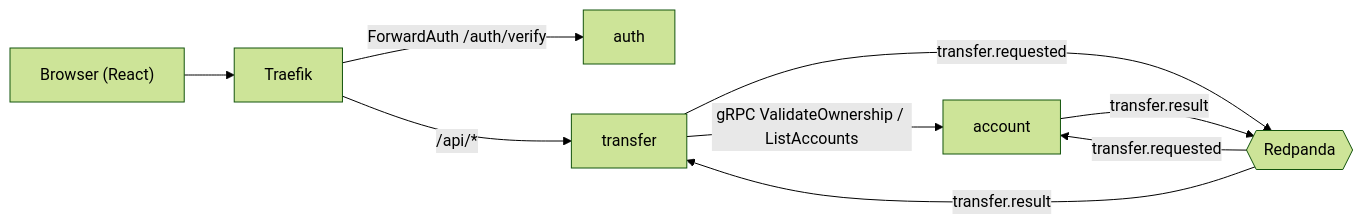
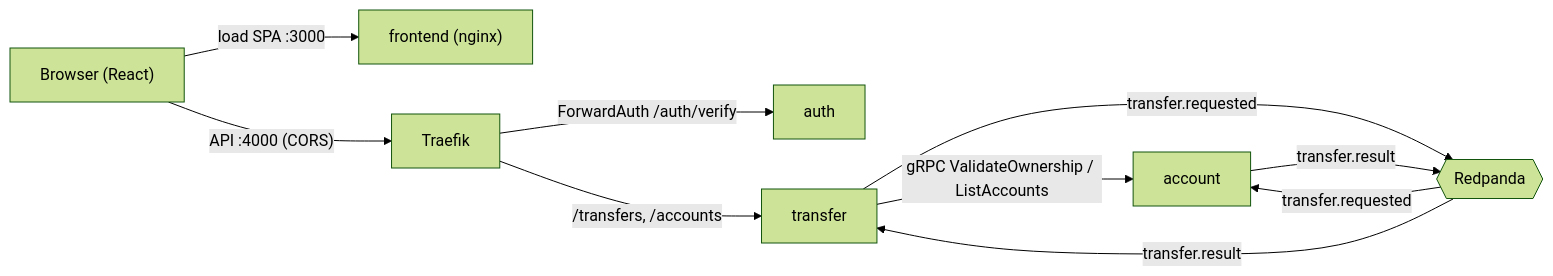
The diagram in CLAUDE.md (Phathdt/fasttrans), drawn with Mermaid (forest theme) before and after one commit. The commit also changed other lines of this file and 10 other files, not shown here.

````diff
--- a/CLAUDE.md
+++ b/CLAUDE.md
@@ -11,11 +11,12 @@
 ```mermaid
 flowchart LR
-    Browser["Browser (React)"] --> Traefik
+    Browser["Browser (React)"] -- "load SPA :3000" --> FE["frontend (nginx)"]
+    Browser -- "API :4000 (CORS)" --> Traefik
     Traefik -- "ForwardAuth /auth/verify" --> auth
-    Traefik -- "/api/*" --> transfer
+    Traefik -- "/transfers, /accounts" --> transfer
     transfer -- "gRPC ValidateOwnership / ListAccounts" --> account
     transfer -- "transfer.requested" --> Redpanda{{Redpanda}}
     Redpanda -- "transfer.requested" --> account
     account -- "transfer.result" --> Redpanda
     Redpanda -- "transfer.result" --> transfer
 ```
````
